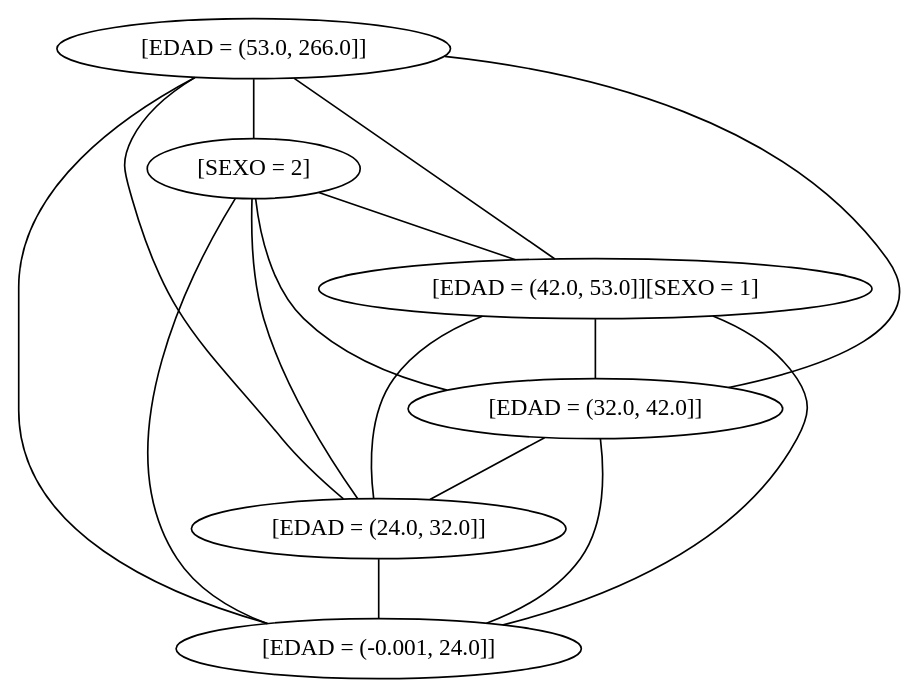
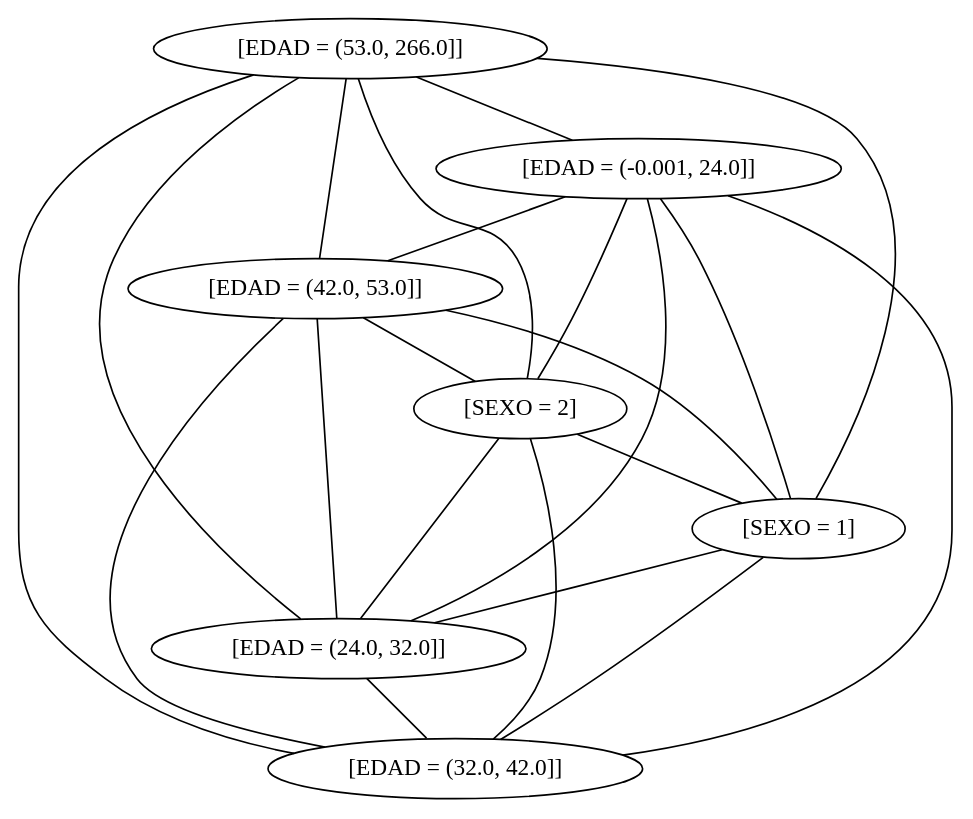
Before and after one commit to sinisterra/mscgp: the diagram in max_weight_clique.dot, drawn with Graphviz. The commit also changed 6 other files, not shown here.

```diff
--- a/max_weight_clique.dot
+++ b/max_weight_clique.dot
@@ -1,23 +1,30 @@
 strict graph  {
-"[EDAD = (53.0, 266.0]]" [weight=1000000];
-"[SEXO = 2]" [weight=1000000];
-"[EDAD = (42.0, 53.0]][SEXO = 1]" [weight=1000000];
-"[EDAD = (32.0, 42.0]]" [weight=1000000];
-"[EDAD = (24.0, 32.0]]" [weight=1000000];
-"[EDAD = (-0.001, 24.0]]" [weight=999999];
+"[EDAD = (53.0, 266.0]]" [weight=272];
+"[EDAD = (-0.001, 24.0]]" [weight=19];
+"[EDAD = (42.0, 53.0]]" [weight=10];
+"[SEXO = 2]" [weight=10];
+"[SEXO = 1]" [weight=1];
+"[EDAD = (24.0, 32.0]]" [weight=2];
+"[EDAD = (32.0, 42.0]]" [weight=2];
+"[EDAD = (53.0, 266.0]]" -- "[EDAD = (-0.001, 24.0]]";
+"[EDAD = (53.0, 266.0]]" -- "[EDAD = (42.0, 53.0]]";
 "[EDAD = (53.0, 266.0]]" -- "[SEXO = 2]";
-"[EDAD = (53.0, 266.0]]" -- "[EDAD = (42.0, 53.0]][SEXO = 1]";
+"[EDAD = (53.0, 266.0]]" -- "[SEXO = 1]";
+"[EDAD = (53.0, 266.0]]" -- "[EDAD = (24.0, 32.0]]";
 "[EDAD = (53.0, 266.0]]" -- "[EDAD = (32.0, 42.0]]";
-"[EDAD = (53.0, 266.0]]" -- "[EDAD = (24.0, 32.0]]";
-"[EDAD = (53.0, 266.0]]" -- "[EDAD = (-0.001, 24.0]]";
-"[SEXO = 2]" -- "[EDAD = (42.0, 53.0]][SEXO = 1]";
+"[EDAD = (-0.001, 24.0]]" -- "[EDAD = (42.0, 53.0]]";
+"[EDAD = (-0.001, 24.0]]" -- "[SEXO = 2]";
+"[EDAD = (-0.001, 24.0]]" -- "[SEXO = 1]";
+"[EDAD = (-0.001, 24.0]]" -- "[EDAD = (24.0, 32.0]]";
+"[EDAD = (-0.001, 24.0]]" -- "[EDAD = (32.0, 42.0]]";
+"[EDAD = (42.0, 53.0]]" -- "[SEXO = 2]";
+"[EDAD = (42.0, 53.0]]" -- "[SEXO = 1]";
+"[EDAD = (42.0, 53.0]]" -- "[EDAD = (24.0, 32.0]]";
+"[EDAD = (42.0, 53.0]]" -- "[EDAD = (32.0, 42.0]]";
+"[SEXO = 2]" -- "[SEXO = 1]";
+"[SEXO = 2]" -- "[EDAD = (24.0, 32.0]]";
 "[SEXO = 2]" -- "[EDAD = (32.0, 42.0]]";
-"[SEXO = 2]" -- "[EDAD = (24.0, 32.0]]";
-"[SEXO = 2]" -- "[EDAD = (-0.001, 24.0]]";
-"[EDAD = (42.0, 53.0]][SEXO = 1]" -- "[EDAD = (32.0, 42.0]]";
-"[EDAD = (42.0, 53.0]][SEXO = 1]" -- "[EDAD = (24.0, 32.0]]";
-"[EDAD = (42.0, 53.0]][SEXO = 1]" -- "[EDAD = (-0.001, 24.0]]";
-"[EDAD = (32.0, 42.0]]" -- "[EDAD = (24.0, 32.0]]";
-"[EDAD = (32.0, 42.0]]" -- "[EDAD = (-0.001, 24.0]]";
-"[EDAD = (24.0, 32.0]]" -- "[EDAD = (-0.001, 24.0]]";
+"[SEXO = 1]" -- "[EDAD = (24.0, 32.0]]";
+"[SEXO = 1]" -- "[EDAD = (32.0, 42.0]]";
+"[EDAD = (24.0, 32.0]]" -- "[EDAD = (32.0, 42.0]]";
 }
```
